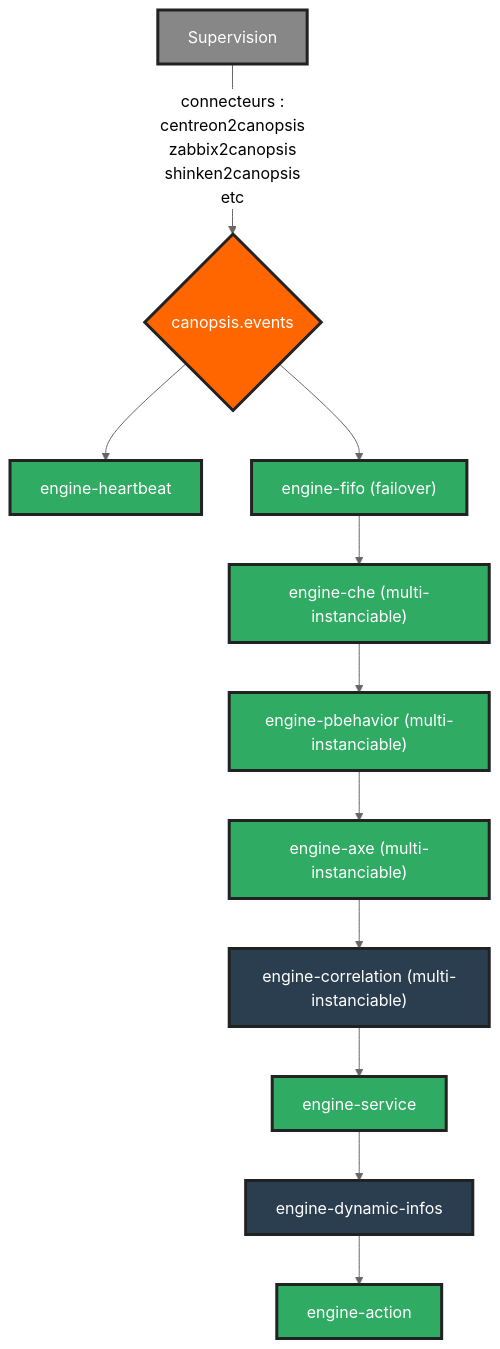
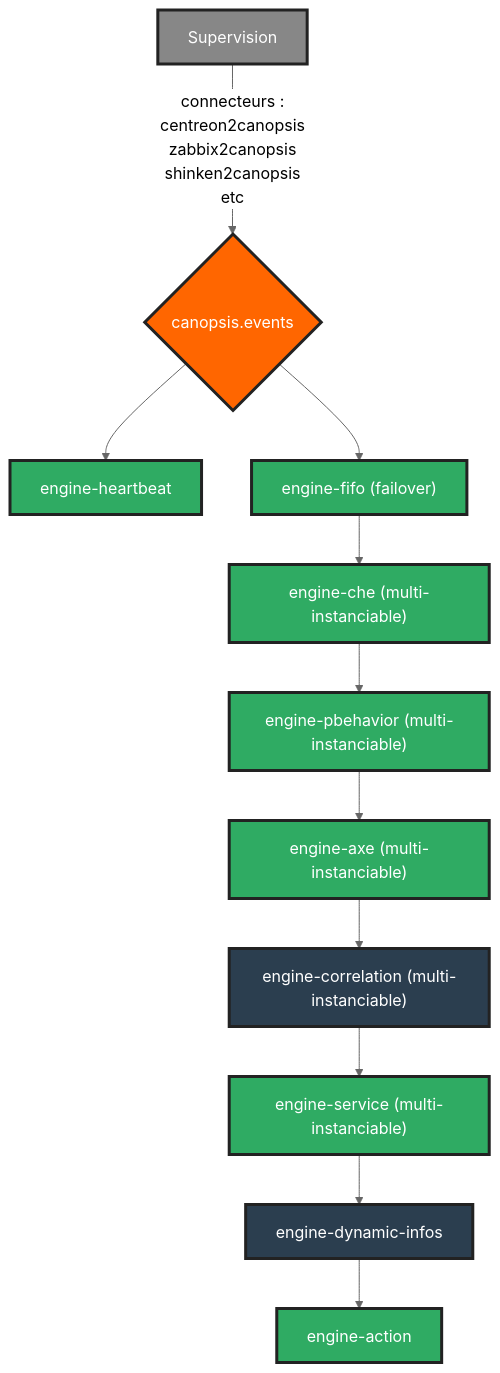
One commit to capensis/canopsis changed the first of 2 diagrams in community/sources/docs/fr/guide-administration/moteurs/schema-enchainement-moteurs.md. Above: the diagram before and after it, drawn with Mermaid (neutral theme). The commit also changed 1 other file, not shown here.

Commit message:
feat(doc): Mention that the new engine-service in 4.3.0 can be run in multiple instances

````diff
--- a/community/sources/docs/fr/guide-administration/moteurs/schema-enchainement-moteurs.md
+++ b/community/sources/docs/fr/guide-administration/moteurs/schema-enchainement-moteurs.md
@@ -29,34 +29,34 @@
 ```mermaid
 graph TD
 linkStyle default interpolate basis
 sup[Supervision] -- connecteurs :<br />centreon2canopsis<br />zabbix2canopsis<br />shinken2canopsis<br />etc--> exch.events{canopsis.events}
 exch.events --> heart["engine-heartbeat"]
 exch.events --> fifo["engine-fifo (failover)"]
 fifo --> che["engine-che (multi-instanciable)"]
 che --> pbh["engine-pbehavior (multi-instanciable)"]
 pbh --> axe["engine-axe (multi-instanciable)"]
 axe --> correl["engine-correlation (multi-instanciable)"]
-correl --> service["engine-service"]
+correl --> service["engine-service (multi-instanciable)"]
 service --> info["engine-dynamic-infos"]
 info --> action["engine-action"]
 
 click snmp "https://doc.canopsis.net/guide-administration/moteurs/moteur-snmp/"
 click heart "https://doc.canopsis.net/guide-administration/moteurs/moteur-heartbeat/"
 click fifo "https://doc.canopsis.net/guide-administration/moteurs/moteur-fifo/"
 click che "https://doc.canopsis.net/guide-administration/moteurs/moteur-che/"
 click pbh "https://doc.canopsis.net/guide-administration/moteurs/moteur-pbehavior/"
 click axe "https://doc.canopsis.net/guide-administration/moteurs/moteur-axe/"
 click correl "https://doc.canopsis.net/guide-administration/moteurs/moteur-correlation/"
 click service "https://doc.canopsis.net/guide-administration/moteurs/moteur-service/"
 click info "https://doc.canopsis.net/guide-administration/moteurs/moteur-dynamic-infos/"
 click action "https://doc.canopsis.net/guide-administration/moteurs/moteur-action/"
 
 classDef grey font-weight:normal,font-size:12pt,color:#fff,fill:#878787,stroke:#222,stroke-width:3px;
 classDef community-green font-weight:normal,font-size:12pt,color:#fff,fill:#2fab63,color:#fff,stroke:#222,stroke-width:3px;
 classDef pro-blue font-weight:normal,font-size:12pt,color:#fff,fill:#2b3e4f,color:#fff,stroke:#222,stroke-width:3px;
 classDef rabbit-orange font-weight:normal,font-size:12pt,color:#fff,fill:#ff6600,color:#fff,stroke:#222,stroke-width:3px;
 class sup grey
 class heart,fifo,che,filter,pbh,axe,service,action community-green
 class snmp,kpi,correl,info pro-blue
 class exch.snmp,exch.events rabbit-orange
 ```
````
